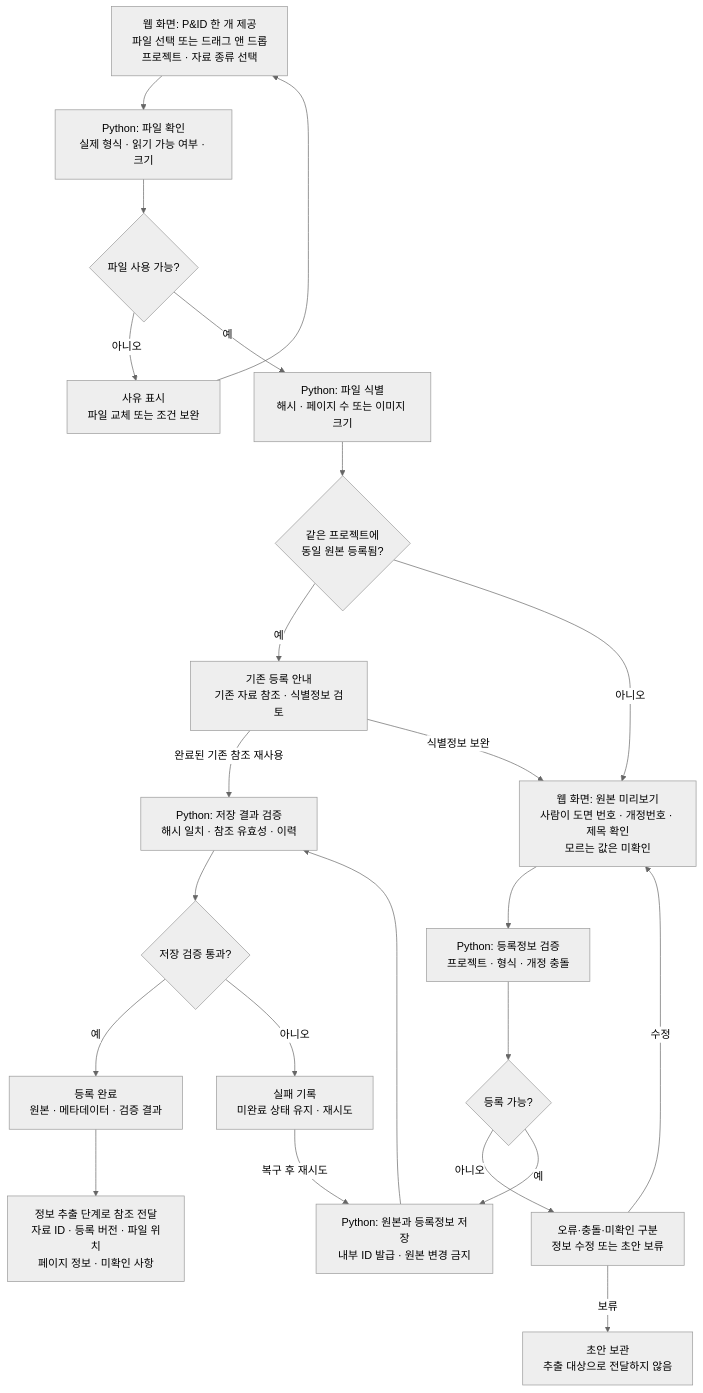
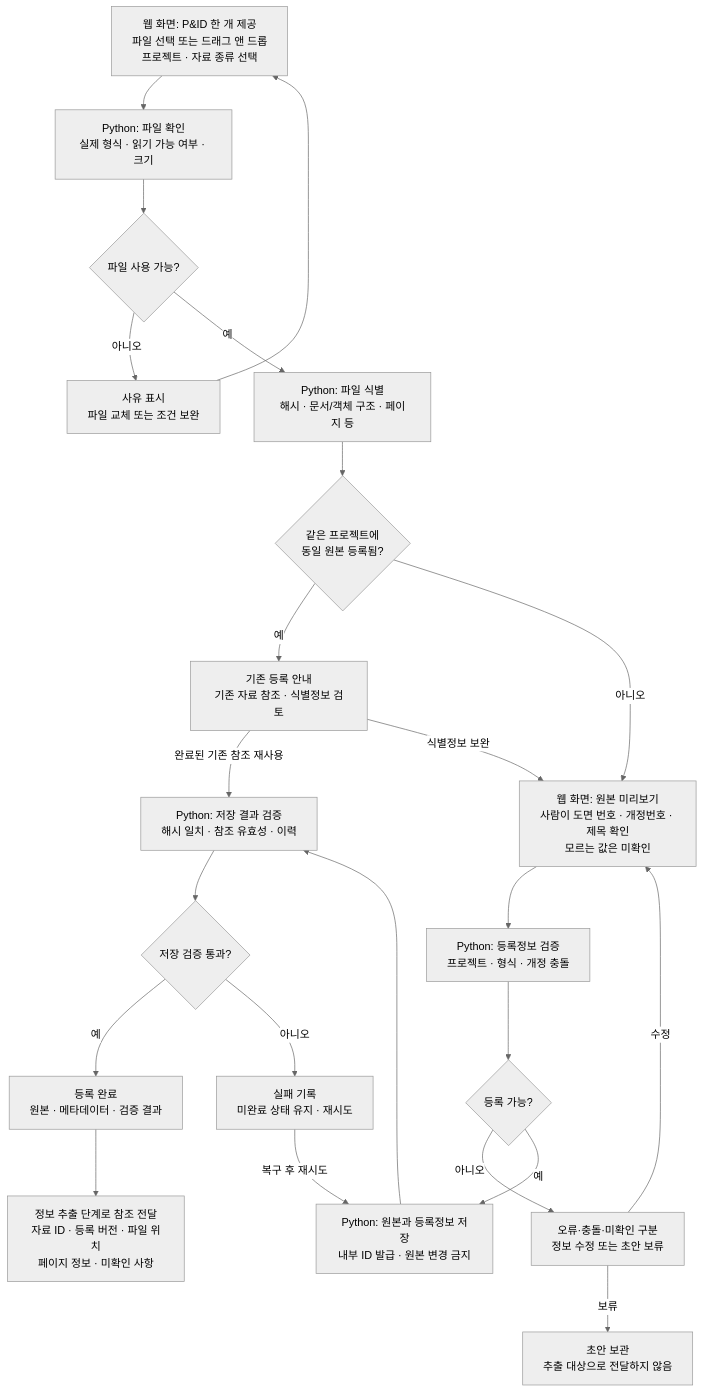
One commit to ReoDe/HAZOP changed the diagram in flow chart/01-registration.md. Above: the diagram before and after it, drawn with Mermaid (neutral theme). The commit also changed other lines of this file and 7 other files, not shown here.

````diff
--- a/flow chart/01-registration.md
+++ b/flow chart/01-registration.md
@@ -14,36 +14,36 @@
 ```mermaid
 flowchart TB
     A["웹 화면: P&ID 한 개 제공<br/>파일 선택 또는 드래그 앤 드롭<br/>프로젝트 · 자료 종류 선택"]
     B["Python: 파일 확인<br/>실제 형식 · 읽기 가능 여부 · 크기"]
     C{"파일 사용 가능?"}
     X["사유 표시<br/>파일 교체 또는 조건 보완"]
-    D["Python: 파일 식별<br/>해시 · 페이지 수 또는 이미지 크기"]
+    D["Python: 파일 식별<br/>해시 · 문서/객체 구조 · 페이지 등"]
     E{"같은 프로젝트에<br/>동일 원본 등록됨?"}
     F["기존 등록 안내<br/>기존 자료 참조 · 식별정보 검토"]
     G["웹 화면: 원본 미리보기<br/>사람이 도면 번호 · 개정번호 · 제목 확인<br/>모르는 값은 미확인"]
     H["Python: 등록정보 검증<br/>프로젝트 · 형식 · 개정 충돌"]
     I{"등록 가능?"}
     J["오류·충돌·미확인 구분<br/>정보 수정 또는 초안 보류"]
     K["Python: 원본과 등록정보 저장<br/>내부 ID 발급 · 원본 변경 금지"]
     L["Python: 저장 결과 검증<br/>해시 일치 · 참조 유효성 · 이력"]
     M{"저장 검증 통과?"}
     N["등록 완료<br/>원본 · 메타데이터 · 검증 결과"]
     O["정보 추출 단계로 참조 전달<br/>자료 ID · 등록 버전 · 파일 위치<br/>페이지 정보 · 미확인 사항"]
     P["실패 기록<br/>미완료 상태 유지 · 재시도"]
 
     A --> B --> C
     C -- "아니오" --> X --> A
     C -- "예" --> D --> E
     E -- "예" --> F
     F -- "완료된 기존 참조 재사용" --> L
     F -- "식별정보 보완" --> G
     E -- "아니오" --> G
     G --> H --> I
     I -- "아니오" --> J
     J -- "수정" --> G
     J -- "보류" --> Q["초안 보관<br/>추출 대상으로 전달하지 않음"]
     I -- "예" --> K --> L --> M
     M -- "예" --> N --> O
     M -- "아니오" --> P
     P -- "복구 후 재시도" --> K
 ```
````
